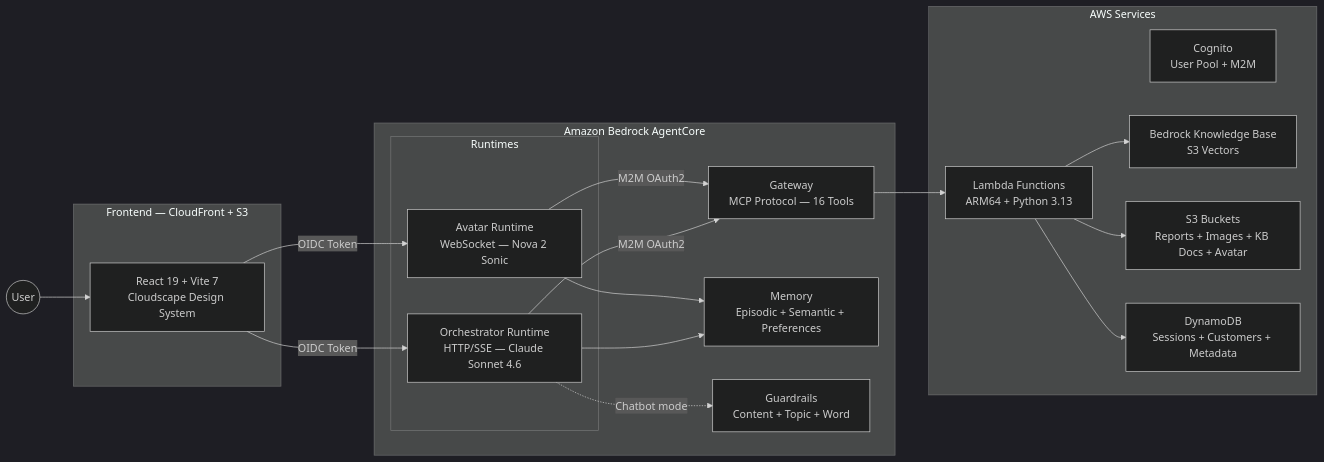
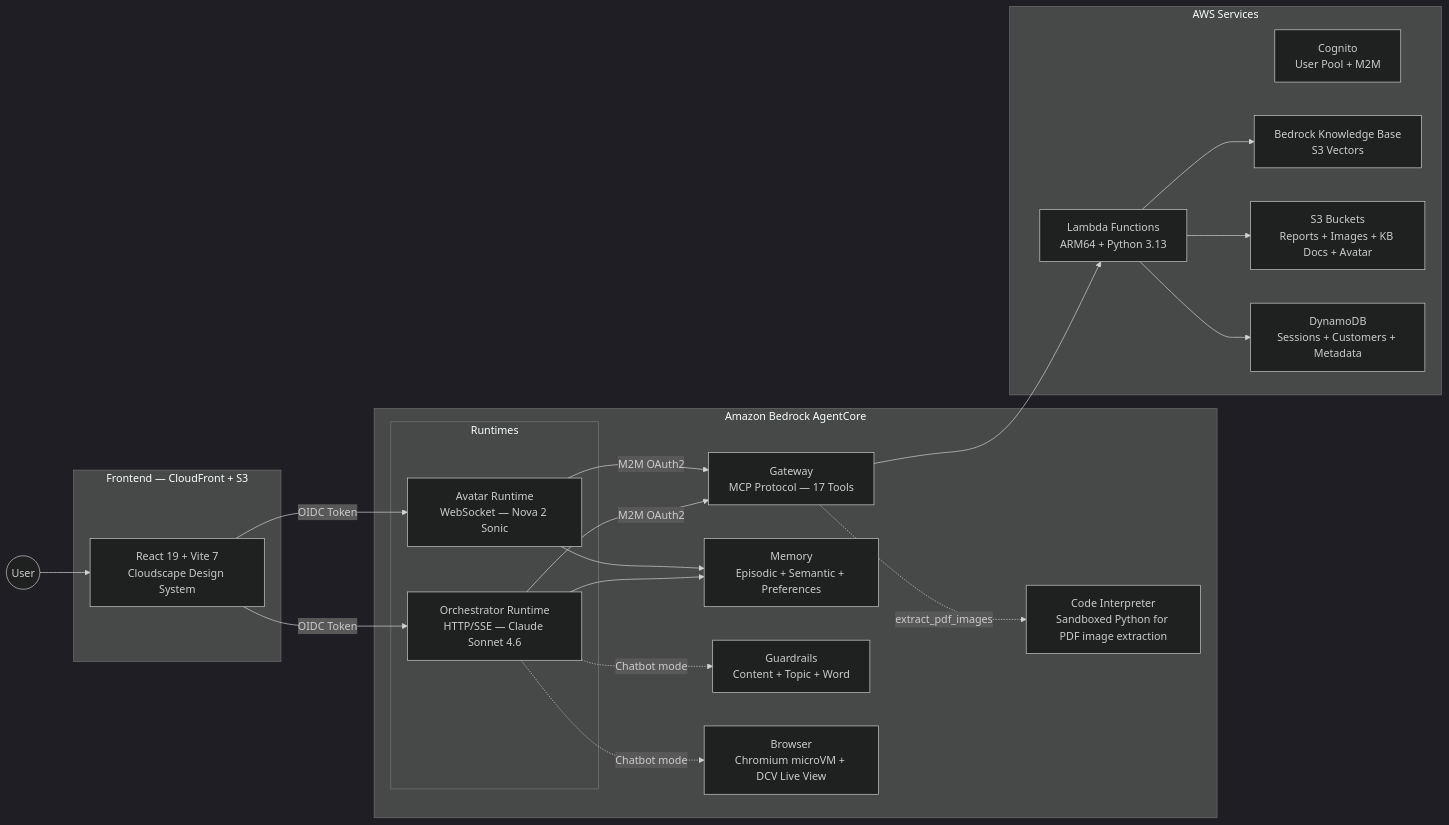
The first of 2 diagrams in README.md (aws-samples/sample-banking-demo-live-avatar-multiagent-agentcore), drawn with Mermaid (dark theme) before and after one commit. The commit also changed other lines of this file, not shown here.

First line of the commit message:
docs(readme): sync with kamrult merge — 17 tools, browser, concierge flow

````diff
--- a/README.md
+++ b/README.md
@@ -13,39 +13,43 @@
 ```mermaid
 graph LR
     User((User))
 
     subgraph "Frontend — CloudFront + S3"
         UI[React 19 + Vite 7<br/>Cloudscape Design System]
     end
 
     subgraph "Amazon Bedrock AgentCore"
         subgraph "Runtimes"
             OR[Orchestrator Runtime<br/>HTTP/SSE — Claude Sonnet 4.6]
             AV[Avatar Runtime<br/>WebSocket — Nova 2 Sonic]
         end
-        GW[Gateway<br/>MCP Protocol — 16 Tools]
+        GW[Gateway<br/>MCP Protocol — 17 Tools]
         MEM[Memory<br/>Episodic + Semantic + Preferences]
         GR[Guardrails<br/>Content + Topic + Word]
+        BR[Browser<br/>Chromium microVM + DCV Live View]
+        CI[Code Interpreter<br/>Sandboxed Python for PDF image extraction]
     end
 
     subgraph "AWS Services"
         COG[Cognito<br/>User Pool + M2M]
         KB[Bedrock Knowledge Base<br/>S3 Vectors]
         S3[S3 Buckets<br/>Reports + Images + KB Docs + Avatar]
         DDB[DynamoDB<br/>Sessions + Customers + Metadata]
         LAM[Lambda Functions<br/>ARM64 + Python 3.13]
     end
 
     User --> UI
     UI -->|OIDC Token| OR
     UI -->|OIDC Token| AV
     OR -->|M2M OAuth2| GW
     AV -->|M2M OAuth2| GW
     GW --> LAM
     LAM --> KB
     LAM --> S3
     LAM --> DDB
     OR --> MEM
     OR -.->|Chatbot mode| GR
+    OR -.->|Chatbot mode| BR
+    GW -.->|extract_pdf_images| CI
     AV --> MEM
 ```
````
